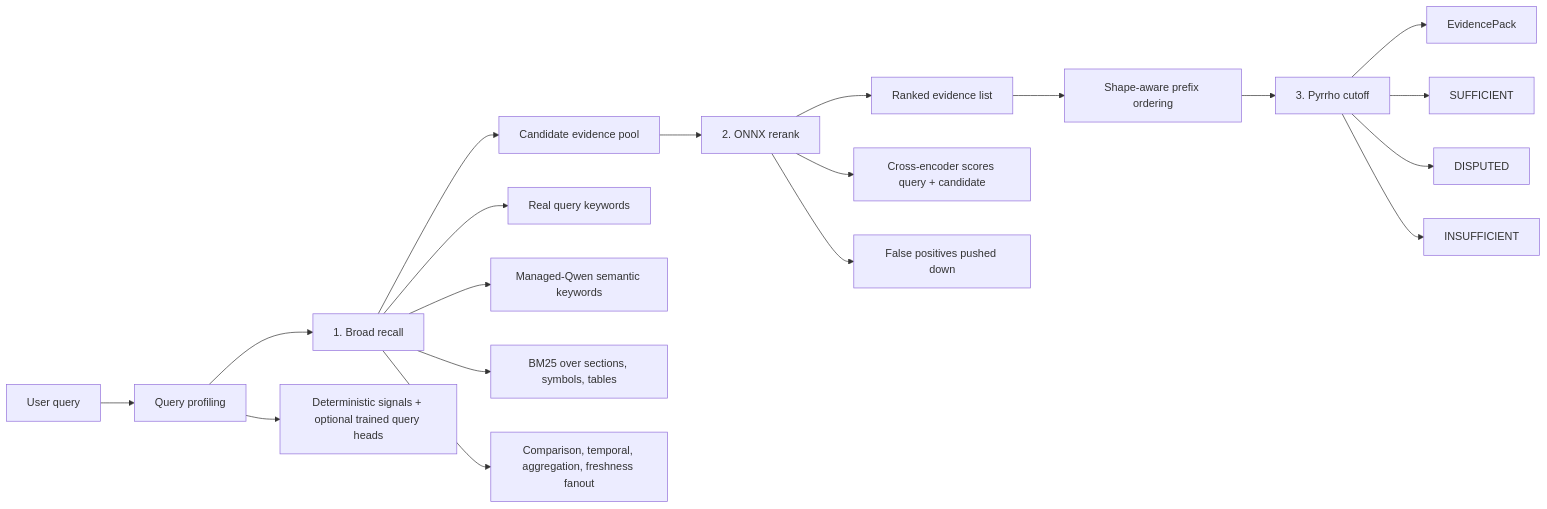
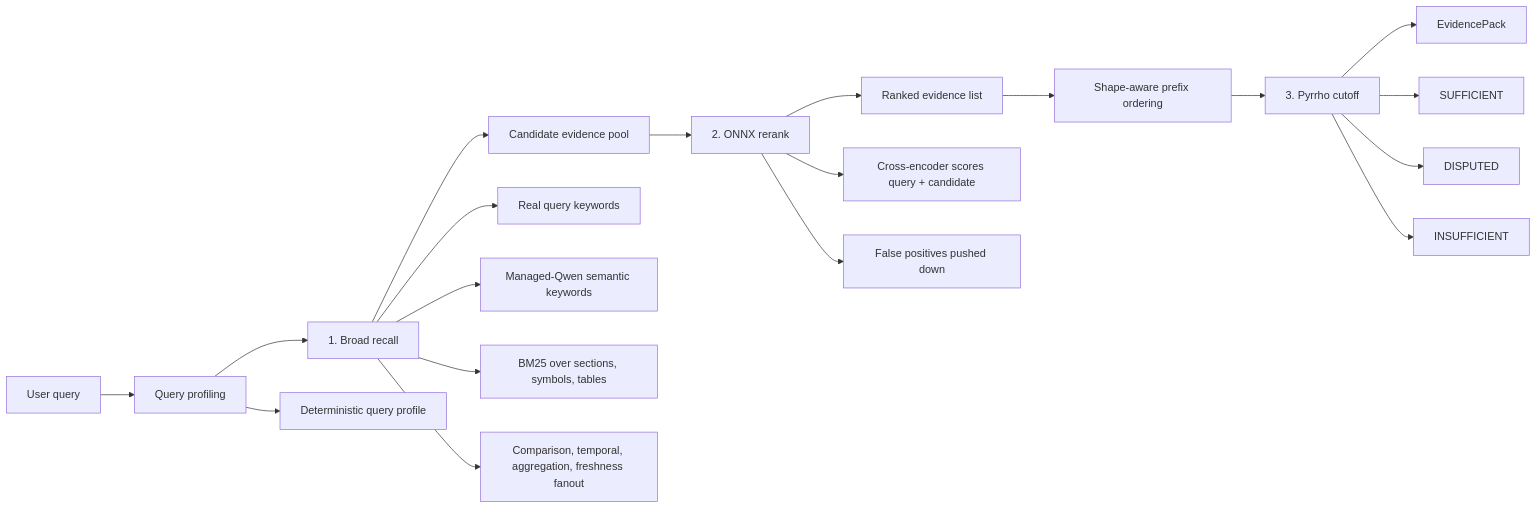
One commit to yafitzdev/fitz changed the first of 3 diagrams in docs/features/retrieval/three-stage-strategy.md. Above: the diagram before and after it, drawn with Mermaid. The commit also changed other lines of this file and 8 other files, not shown here.

````diff
--- a/docs/features/retrieval/three-stage-strategy.md
+++ b/docs/features/retrieval/three-stage-strategy.md
@@ -24,25 +25,25 @@
 ```mermaid
 flowchart LR
     Q["User query"] --> QC["Query profiling"]
     QC --> R["1. Broad recall"]
     R --> C["Candidate evidence pool"]
     C --> K["2. ONNX rerank"]
     K --> L["Ranked evidence list"]
     L --> S["Shape-aware prefix ordering"]
     S --> P["3. Pyrrho cutoff"]
     P --> E["EvidencePack"]
 
-    QC --> QC1["Deterministic signals + optional trained query heads"]
+    QC --> QC1["Deterministic query profile"]
 
     R --> R1["Real query keywords"]
     R --> R2["Managed-Qwen semantic keywords"]
     R --> R3["BM25 over sections, symbols, tables"]
     R --> R4["Comparison, temporal, aggregation, freshness fanout"]
 
     K --> K1["Cross-encoder scores query + candidate"]
     K --> K2["False positives pushed down"]
 
     P --> P1["SUFFICIENT"]
     P --> P2["DISPUTED"]
     P --> P3["INSUFFICIENT"]
 ```
````
